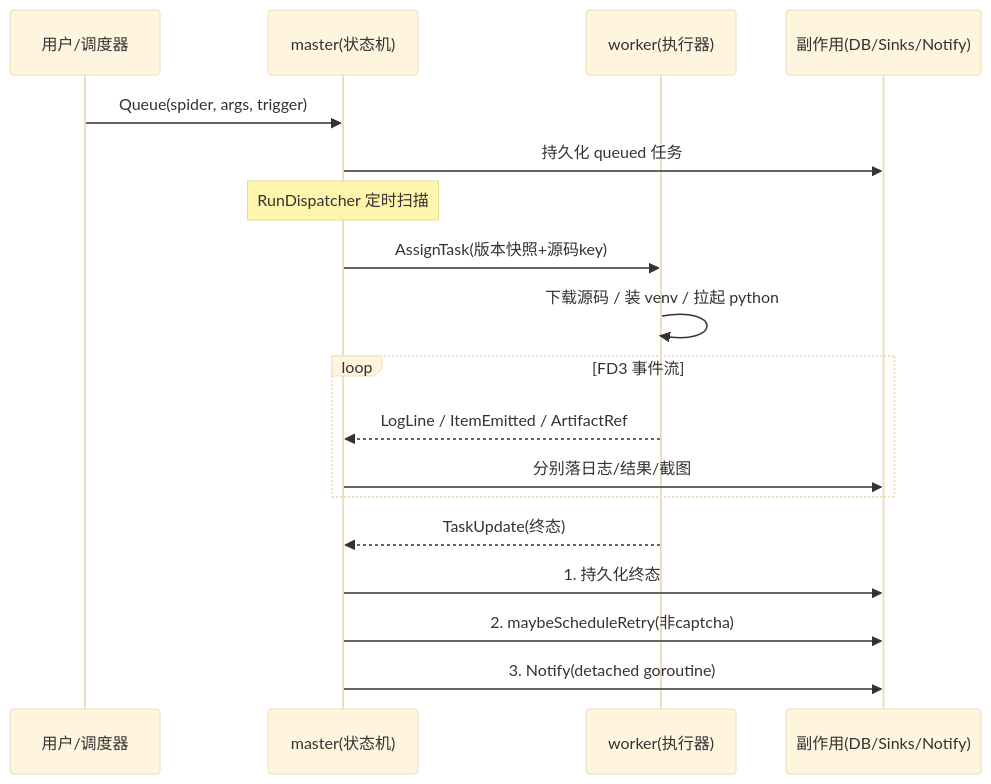
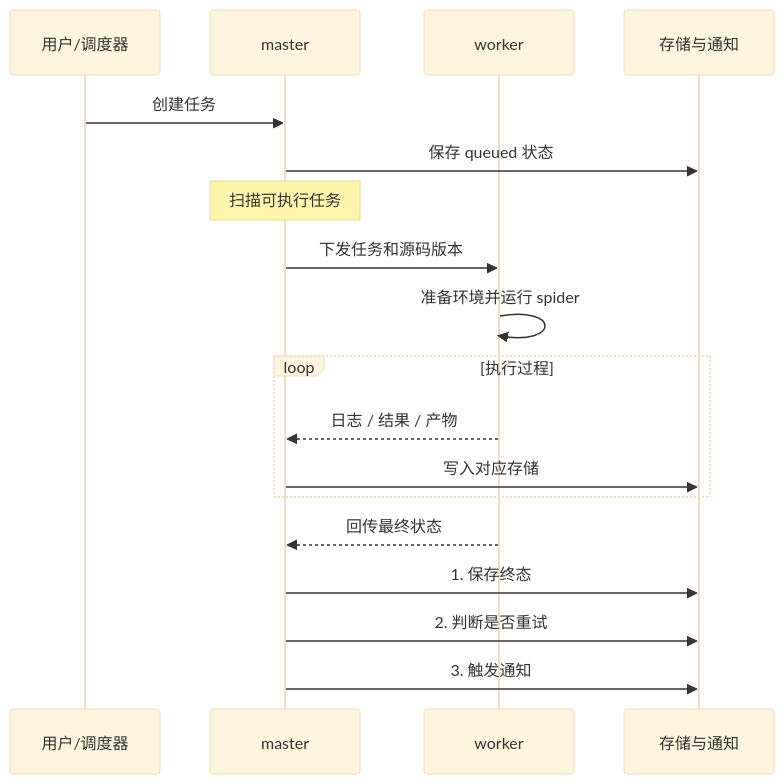
Before and after one commit to ForbiddenR/crawler-lite: the second of 2 diagrams in docs/DESIGN.md, drawn with Mermaid (base theme). The commit also changed other lines of this file and 1 other file, not shown here.

````diff
--- a/docs/DESIGN.md
+++ b/docs/DESIGN.md
@@ -224,21 +251,21 @@
 ```mermaid
 sequenceDiagram
   participant U as 用户/调度器
-  participant M as master(状态机)
-  participant W as worker(执行器)
-  participant S as 副作用(DB/Sinks/Notify)
+  participant M as master
+  participant W as worker
+  participant S as 存储与通知
 
-  U->>M: Queue(spider, args, trigger)
-  M->>S: 持久化 queued 任务
-  Note over M: RunDispatcher 定时扫描
-  M->>W: AssignTask(版本快照+源码key)
-  W->>W: 下载源码 / 装 venv / 拉起 python
-  loop FD3 事件流
-    W-->>M: LogLine / ItemEmitted / ArtifactRef
-    M->>S: 分别落日志/结果/截图
+  U->>M: 创建任务
+  M->>S: 保存 queued 状态
+  Note over M: 扫描可执行任务
+  M->>W: 下发任务和源码版本
+  W->>W: 准备环境并运行 spider
+  loop 执行过程
+    W-->>M: 日志 / 结果 / 产物
+    M->>S: 写入对应存储
   end
-  W-->>M: TaskUpdate(终态)
-  M->>S: 1. 持久化终态
-  M->>S: 2. maybeScheduleRetry(非captcha)
-  M->>S: 3. Notify(detached goroutine)
+  W-->>M: 回传最终状态
+  M->>S: 1. 保存终态
+  M->>S: 2. 判断是否重试
+  M->>S: 3. 触发通知
 ```
````
